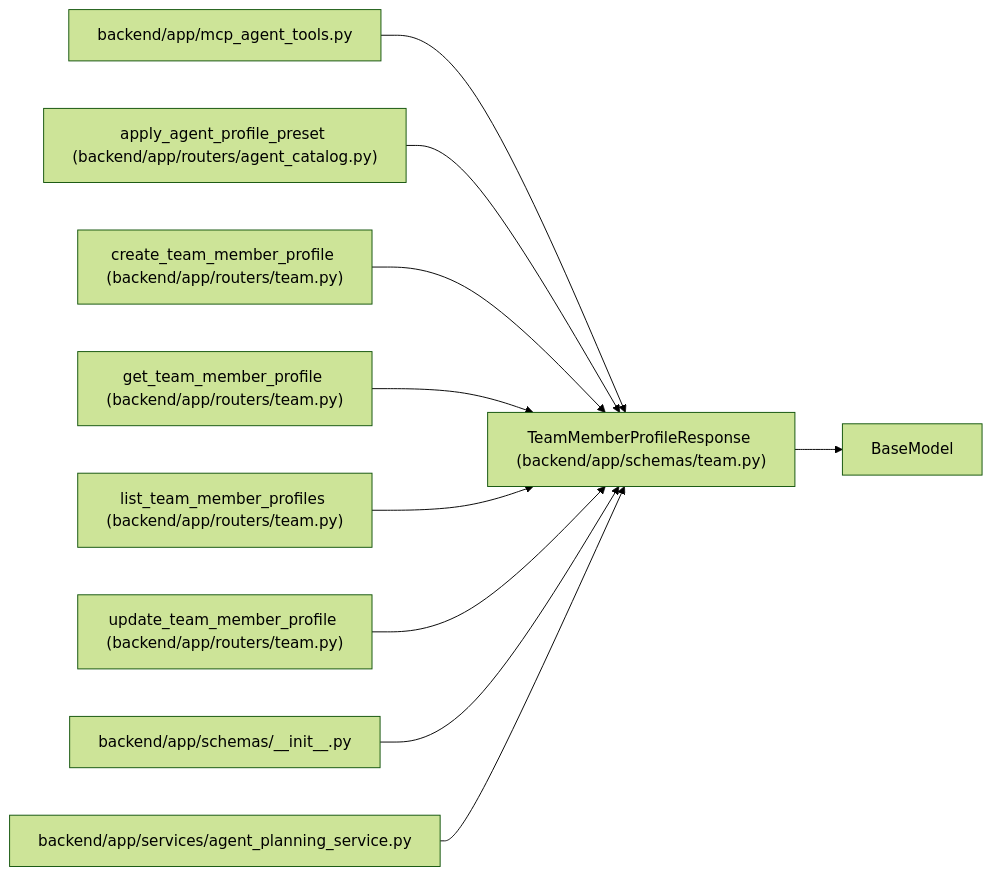
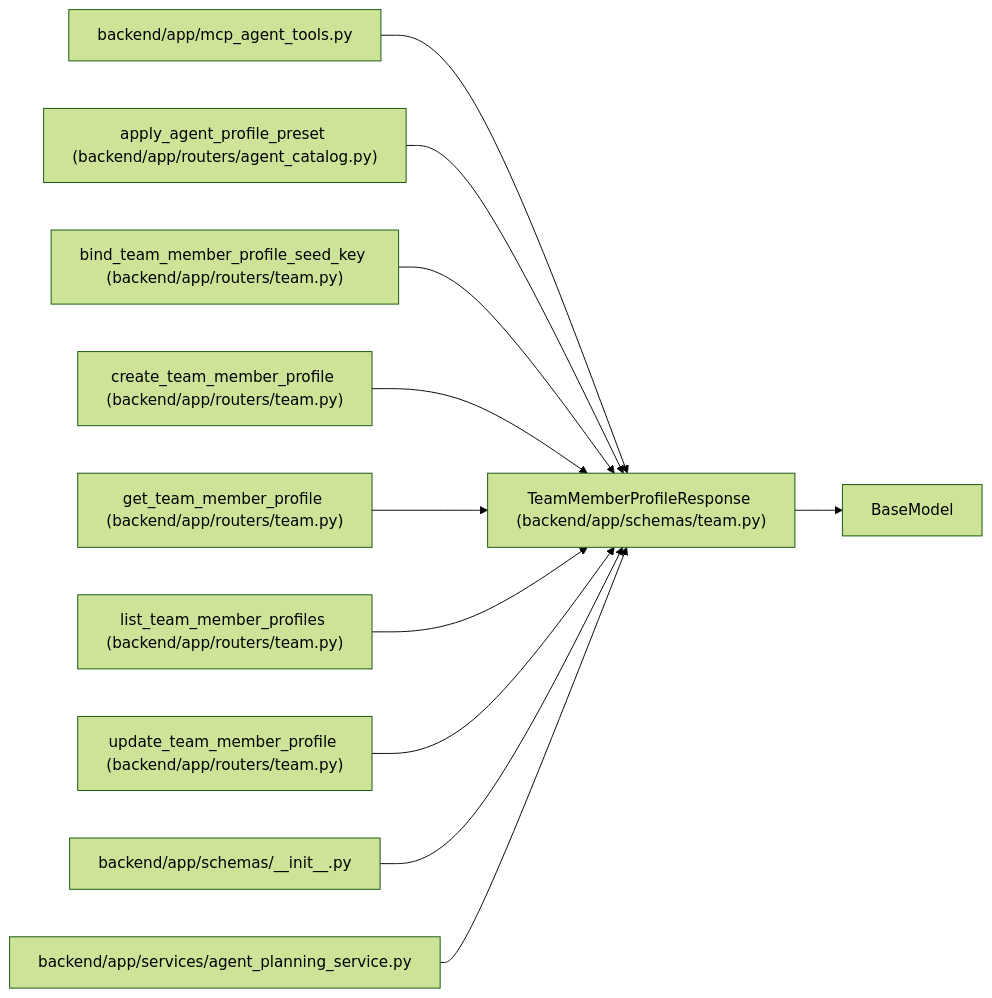
The diagram in docs/llm_wiki/entities/TeamMemberProfileResponse.md (Denissvgn/WorkChord), drawn with Mermaid (forest theme) before and after one commit. The commit also changed other lines of this file and 1817 other files, not shown here.

First line of the commit message:
Refresh the architectural wiki for the 1.9.0 changes

````diff
--- a/docs/llm_wiki/entities/TeamMemberProfileResponse.md
+++ b/docs/llm_wiki/entities/TeamMemberProfileResponse.md
@@ -43,31 +43,34 @@
 ```mermaid
 flowchart LR
     n0["TeamMemberProfileResponse (backend/app/schemas/team.py)"]
     n1["BaseModel"]
     n2["backend/app/mcp_agent_tools.py"]
     n3["apply_agent_profile_preset (backend/app/routers/agent_catalog.py)"]
-    n4["create_team_member_profile (backend/app/routers/team.py)"]
-    n5["get_team_member_profile (backend/app/routers/team.py)"]
-    n6["list_team_member_profiles (backend/app/routers/team.py)"]
-    n7["update_team_member_profile (backend/app/routers/team.py)"]
-    n8["backend/app/schemas/__init__.py"]
-    n9["backend/app/services/agent_planning_service.py"]
+    n4["bind_team_member_profile_seed_key (backend/app/routers/team.py)"]
+    n5["create_team_member_profile (backend/app/routers/team.py)"]
+    n6["get_team_member_profile (backend/app/routers/team.py)"]
+    n7["list_team_member_profiles (backend/app/routers/team.py)"]
+    n8["update_team_member_profile (backend/app/routers/team.py)"]
+    n9["backend/app/schemas/__init__.py"]
+    n10["backend/app/services/agent_planning_service.py"]
     n0 --> n1
     n2 --> n0
     n3 --> n0
     n4 --> n0
     n5 --> n0
     n6 --> n0
     n7 --> n0
     n8 --> n0
     n9 --> n0
+    n10 --> n0
     click n0 "../modules/schemas_team.md"
     click n2 "../modules/mcp_agent_tools.md"
     click n3 "../modules/agent_catalog.md"
     click n4 "../modules/routers_team.md"
     click n5 "../modules/routers_team.md"
     click n6 "../modules/routers_team.md"
     click n7 "../modules/routers_team.md"
-    click n8 "../modules/schemas___init__.md"
-    click n9 "../modules/agent_planning_service.md"
+    click n8 "../modules/routers_team.md"
+    click n9 "../modules/schemas___init__.md"
+    click n10 "../modules/agent_planning_service.md"
 ```
````
